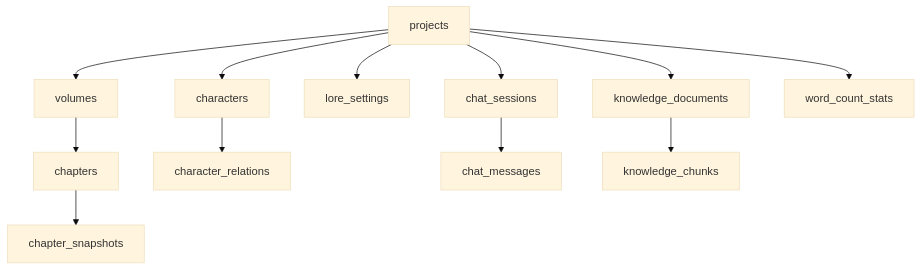
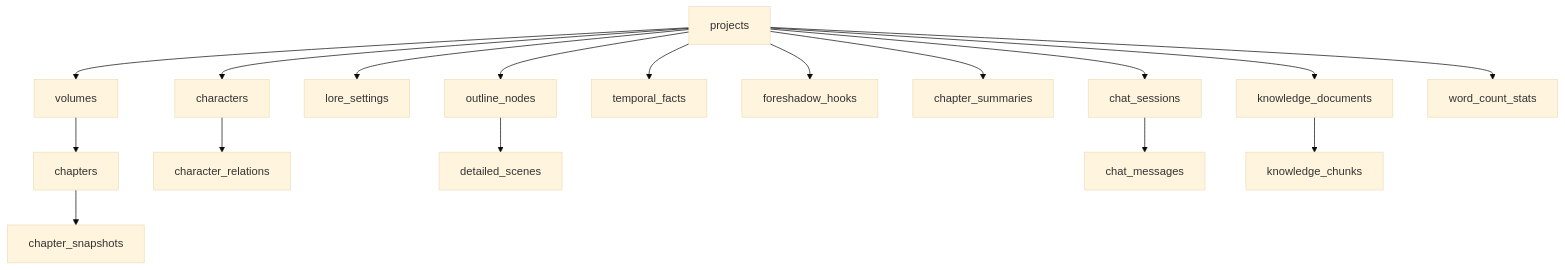
Before and after one commit to 2132691342/NovelWorkbench: the third of 3 diagrams in doc/database.md, drawn with Mermaid (base theme). The commit also changed other lines of this file and 21 other files, not shown here.

````diff
--- a/doc/database.md
+++ b/doc/database.md
@@ -845,14 +845,19 @@
 ```mermaid
 flowchart TD
   P[projects] --> V[volumes]
   V --> C[chapters]
   C --> S[chapter_snapshots]
   P --> CH[characters]
   CH --> CR[character_relations]
   P --> L[lore_settings]
+  P --> ON[outline_nodes]
+  ON --> DS[detailed_scenes]
+  P --> TF[temporal_facts]
+  P --> FH[foreshadow_hooks]
+  P --> CSUM[chapter_summaries]
   P --> CS[chat_sessions]
   CS --> CM[chat_messages]
   P --> KD[knowledge_documents]
   KD --> KC[knowledge_chunks]
   P --> W[word_count_stats]
 ```
````
